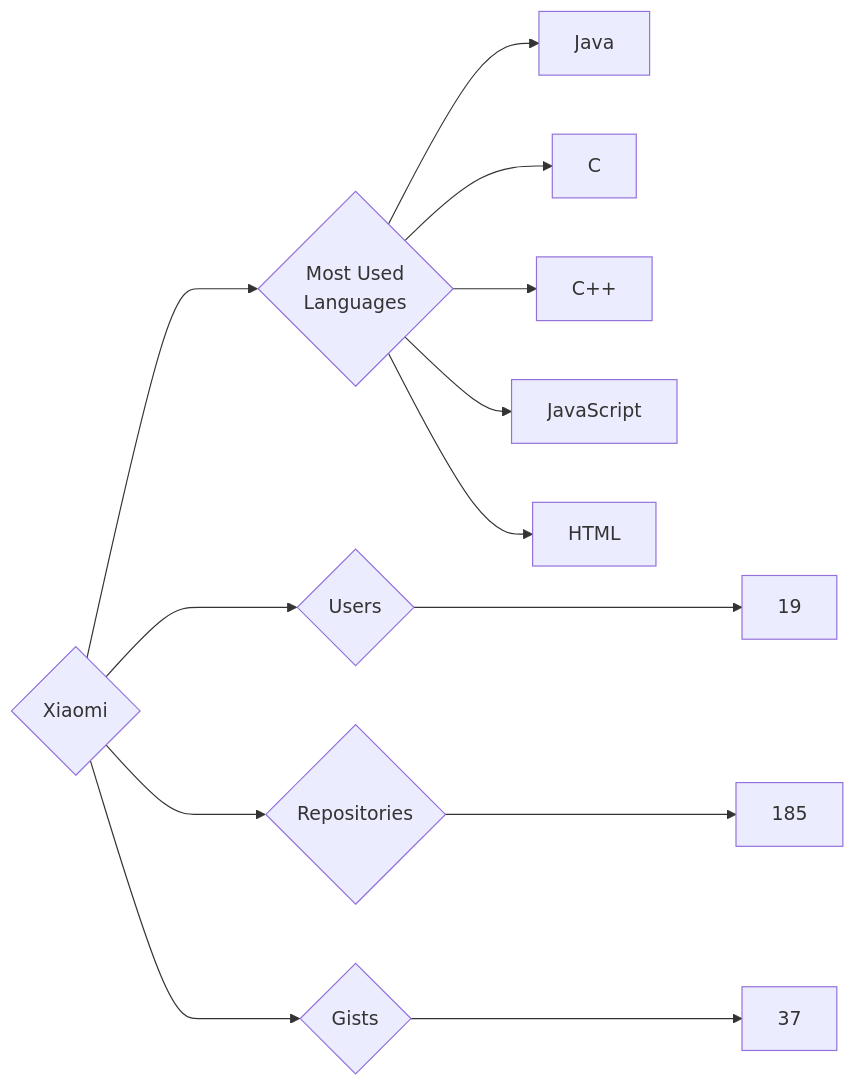
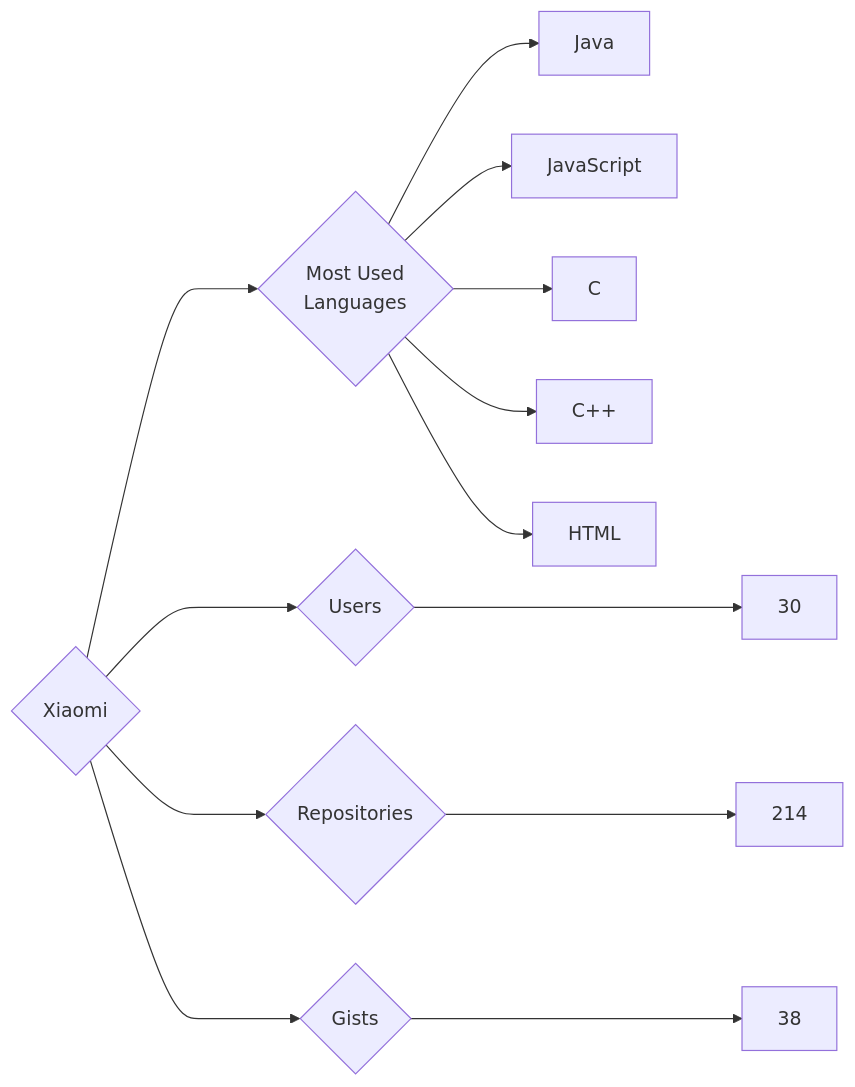
The diagram in targets/Xiaomi/README.md (trickest/insiders), drawn with Mermaid before and after one commit. The commit also changed 955 other files, not shown here.

````diff
--- a/targets/Xiaomi/README.md
+++ b/targets/Xiaomi/README.md
@@ -3,13 +3,13 @@
 ```mermaid
 graph LR
 COMPANY_NAME{Xiaomi}
-COMPANY_NAME ---> U{Users} ---> UN[19]
-COMPANY_NAME ---> R{Repositories} ---> RN[185]
-COMPANY_NAME ---> G{Gists} ---> GN[37]
+COMPANY_NAME ---> U{Users} ---> UN[30]
+COMPANY_NAME ---> R{Repositories} ---> RN[214]
+COMPANY_NAME ---> G{Gists} ---> GN[38]
 COMPANY_NAME ---> ML{Most Used<br>Languages}
 ML --> Java[Java]
+ML --> JavaScript[JavaScript]
 ML --> C[C]
 ML --> C++[C++]
-ML --> JavaScript[JavaScript]
 ML --> HTML[HTML]
 ```
````
